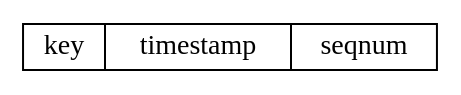
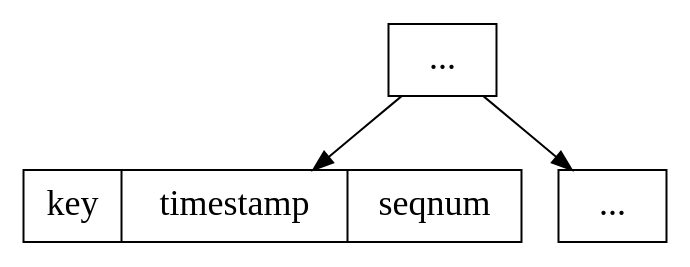
The eighth of 8 diagrams in slides/src/main/asciidoc/kstreams.adoc (inponomarev/kstreams-examples), drawn with Graphviz before and after one commit. The commit also changed other lines of this file and 4 other files, not shown here.

```diff
--- a/slides/src/main/asciidoc/kstreams.adoc
+++ b/slides/src/main/asciidoc/kstreams.adoc
@@ -457,8 +479,12 @@
 [graphviz, "timestamped-record.png"]
 -----
 digraph G
 {
-    node [shape=record, width=.1, height=.1];
+    node [shape=record, fontsize=18];
+    node0 [label="..."];
     node1 [label="<f0> key|<f1> timestamp|<f2> seqnum"];
+    node2 [label="..."];
+    node0 -> node1;
+    node0 -> node2;
 }
 -----
```
